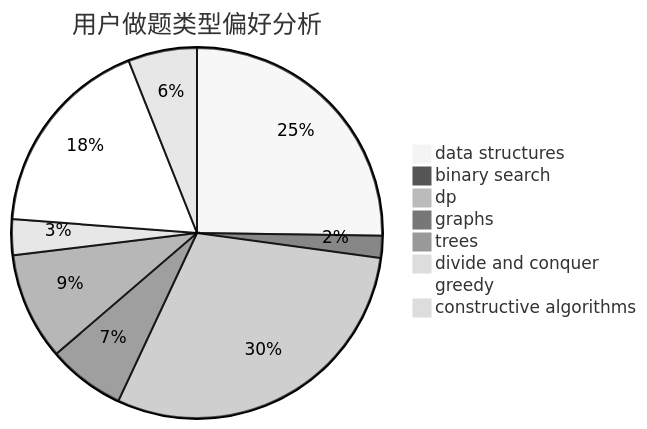
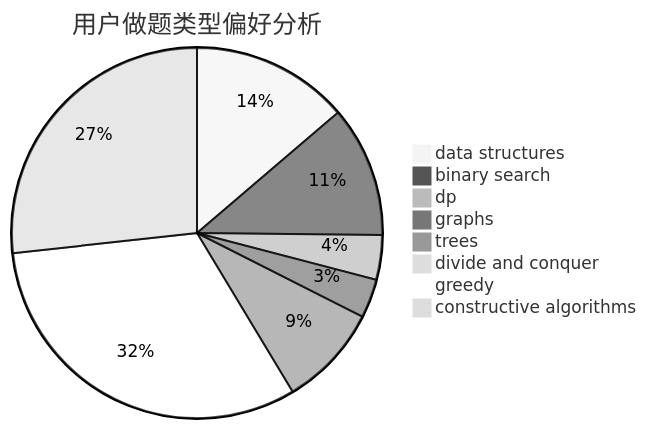
One commit to sherpahu/cfrs.github.io changed the second of 3 diagrams in docs/user/u405.md. Above: the diagram before and after it, drawn with Mermaid (neutral theme). The commit also changed other lines of this file and 2770 other files, not shown here.

````diff
--- a/docs/user/u405.md
+++ b/docs/user/u405.md
@@ -23,11 +23,11 @@
 ```mermaid
 pie title 用户做题类型偏好分析
-    "data structures" :  105
-    "binary search" :  8
-    "dp" :  124
-    "graphs" :  28
-    "trees" :  39
-    "divide and conquer" :  13
-    "greedy" :  74
-    "constructive algorithms" :  25
+    "data structures" :  219
+    "binary search" :  182
+    "dp" :  62
+    "graphs" :  54
+    "trees" :  142
+    "divide and conquer" :  9
+    "greedy" :  508
+    "constructive algorithms" :  426
 ```
````
